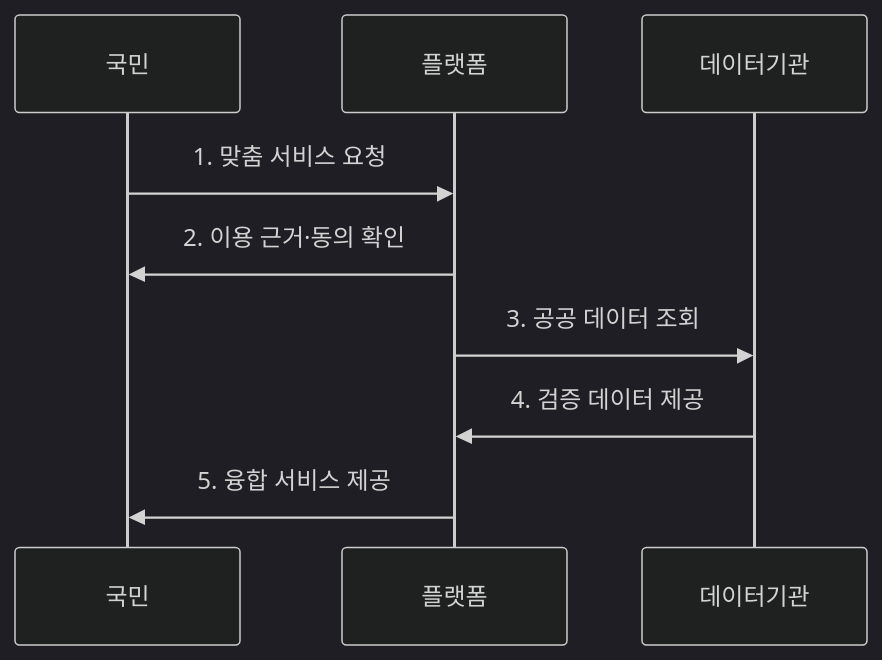
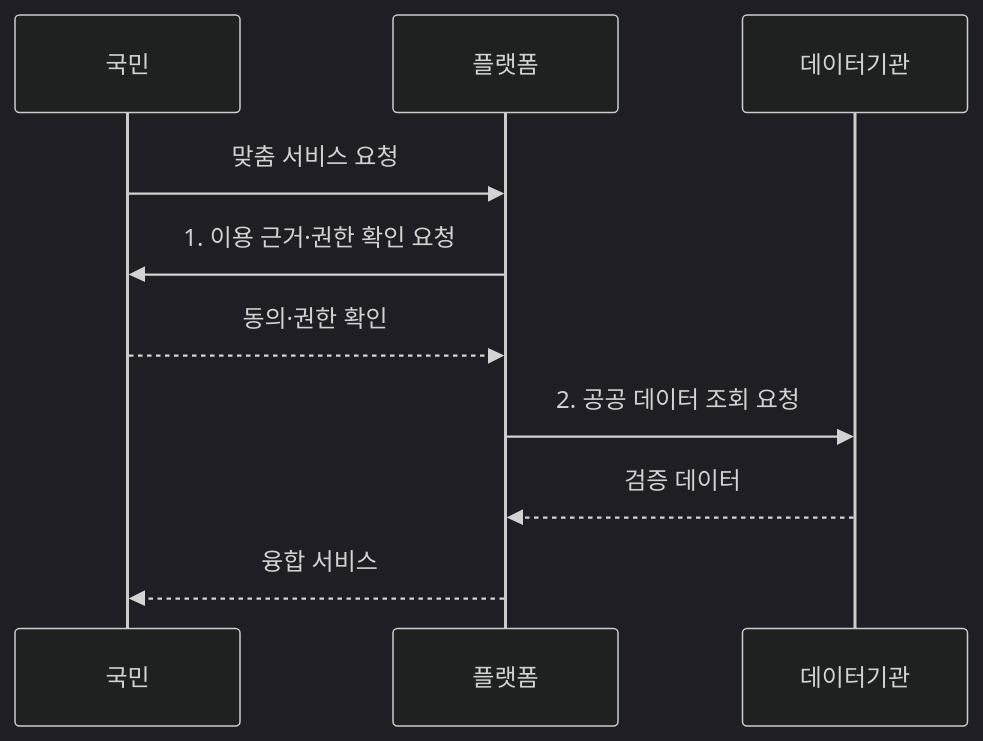
The second of 2 diagrams in src/content/docs/notes/07-law-policy/009_digital_platform_government.md (agnusdei1207/knowledge-base), drawn with Mermaid (dark theme) before and after one commit. The commit also changed other lines of this file and 20 other files, not shown here.

````diff
--- a/src/content/docs/notes/07-law-policy/009_digital_platform_government.md
+++ b/src/content/docs/notes/07-law-policy/009_digital_platform_government.md
@@ -76,11 +76,12 @@
 ```mermaid
 sequenceDiagram
     participant U as 국민
     participant P as 플랫폼
     participant D as 데이터기관
-    U->>P: 1. 맞춤 서비스 요청
-    P->>U: 2. 이용 근거·동의 확인
-    P->>D: 3. 공공 데이터 조회
-    D->>P: 4. 검증 데이터 제공
-    P->>U: 5. 융합 서비스 제공
+    U->>P: 맞춤 서비스 요청
+    P->>U: 1. 이용 근거·권한 확인 요청
+    U-->>P: 동의·권한 확인
+    P->>D: 2. 공공 데이터 조회 요청
+    D-->>P: 검증 데이터
+    P-->>U: 융합 서비스
 ```
````
